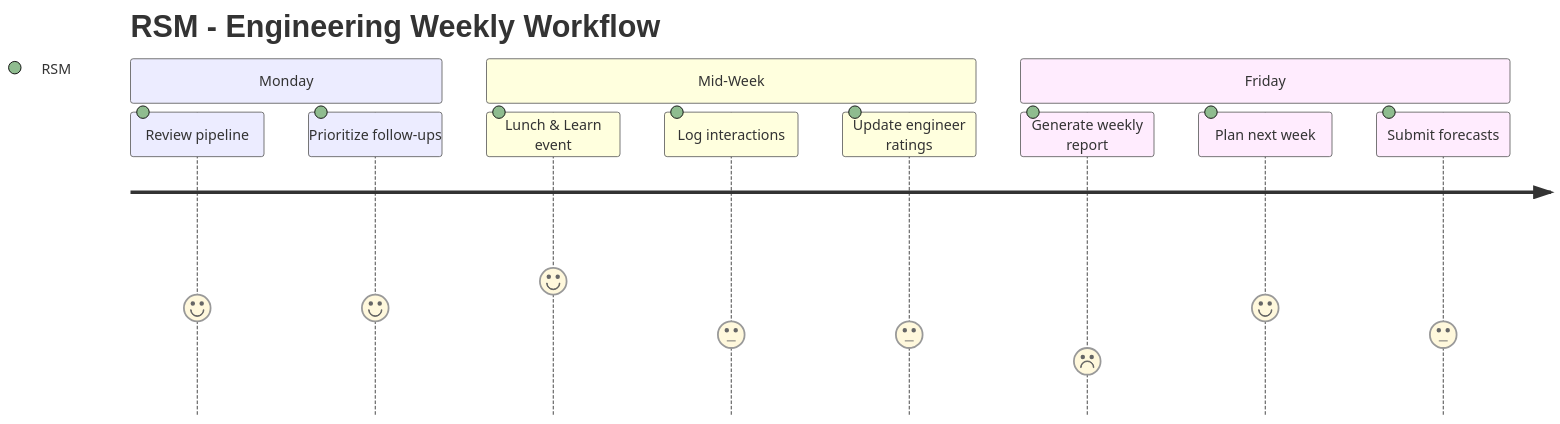
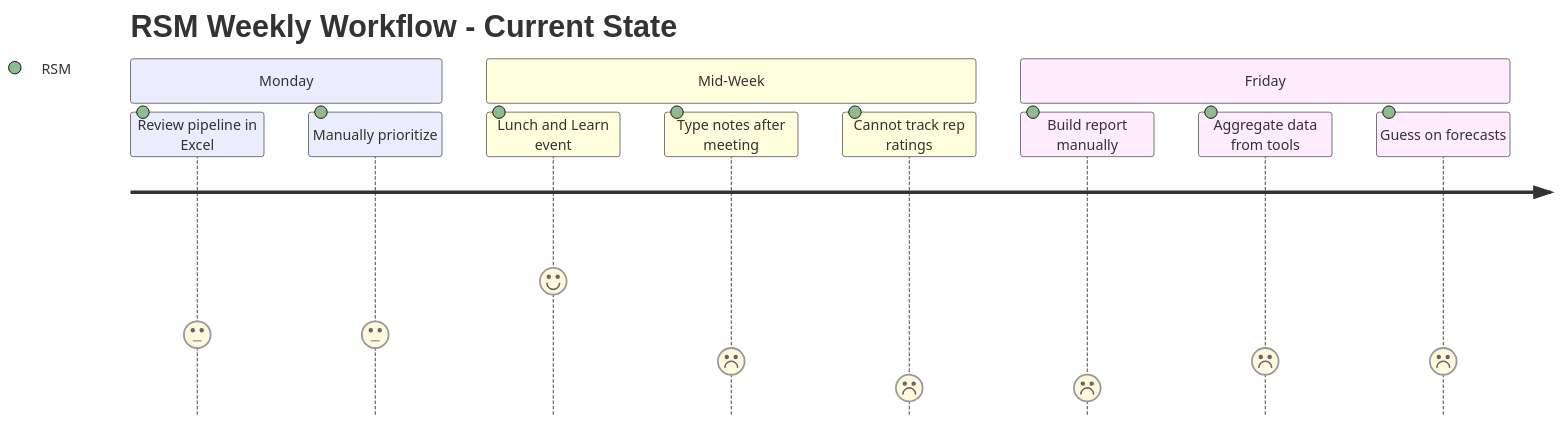
One commit to ahmadhassan91/dynamic-aqs changed the fifth of 6 diagrams in docs/USER_PERSONAS.md. Above: the diagram before and after it, drawn with Mermaid. The commit also changed other lines of this file and 10 other files, not shown here.

````diff
--- a/docs/USER_PERSONAS.md
+++ b/docs/USER_PERSONAS.md
@@ -261,15 +342,15 @@
 ```mermaid
 journey
-    title RSM - Engineering Weekly Workflow
+    title RSM Weekly Workflow - Current State
     section Monday
-      Review pipeline: 4: RSM
-      Prioritize follow-ups: 4: RSM
+      Review pipeline in Excel: 3: RSM
+      Manually prioritize: 3: RSM
     section Mid-Week
-      Lunch & Learn event: 5: RSM
-      Log interactions: 3: RSM
-      Update engineer ratings: 3: RSM
+      Lunch and Learn event: 5: RSM
+      Type notes after meeting: 2: RSM
+      Cannot track rep ratings: 1: RSM
     section Friday
-      Generate weekly report: 2: RSM
-      Plan next week: 4: RSM
-      Submit forecasts: 3: RSM
+      Build report manually: 1: RSM
+      Aggregate data from tools: 2: RSM
+      Guess on forecasts: 2: RSM
 ```
````
